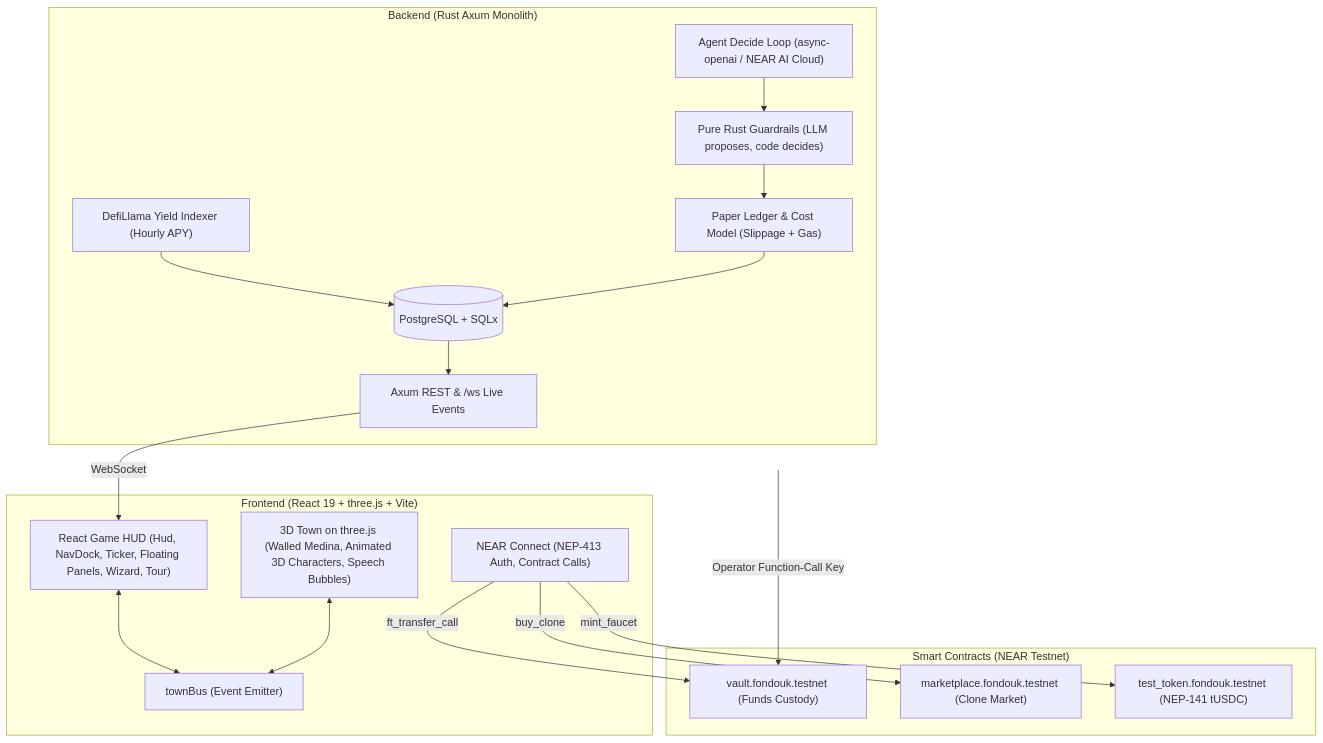
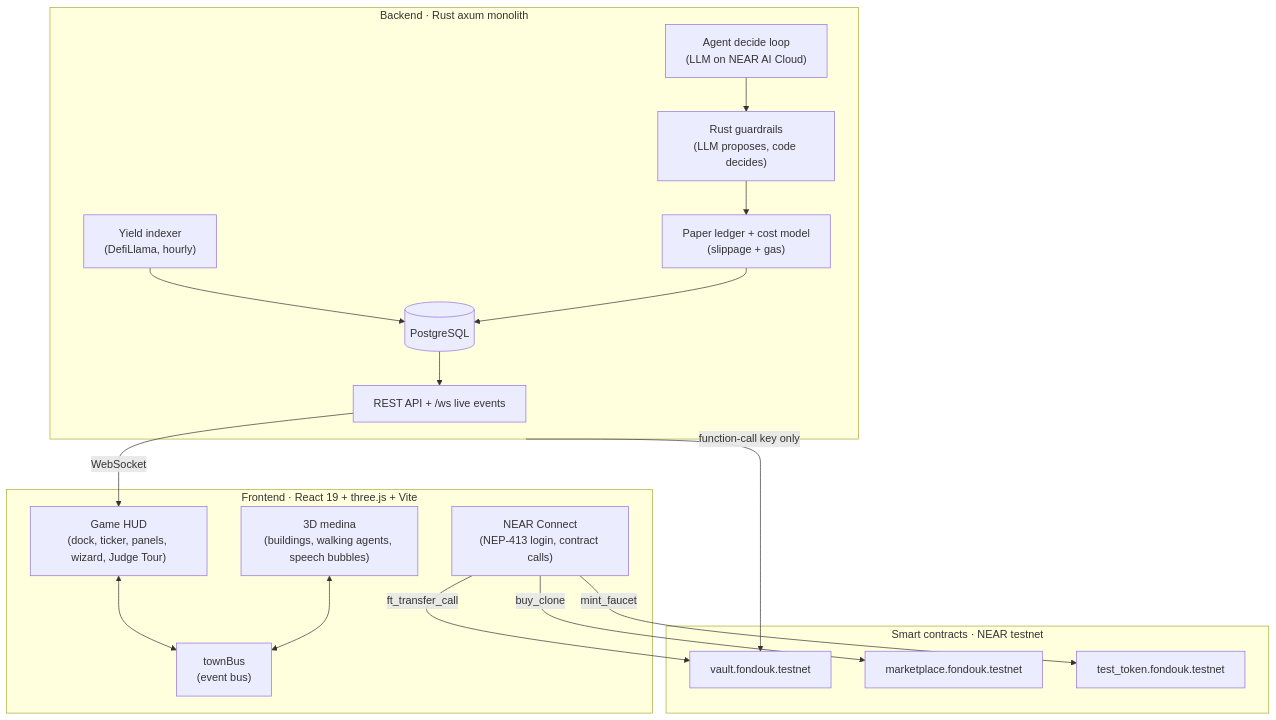
One commit to ayoubbuoya/fondouk changed the diagram in README.md. Above: the diagram before and after it, drawn with Mermaid. The commit also changed other lines of this file and 9 other files, not shown here.

````diff
--- a/README.md
+++ b/README.md
@@ -83,36 +142,35 @@
 ```mermaid
 flowchart TB
-    subgraph Frontend["Frontend (React 19 + three.js + Vite)"]
-        UI["React Game HUD (Hud, NavDock, Ticker, Floating Panels, Wizard, Tour)"]
-        Bus["townBus (Event Emitter)"]
-        Engine["3D Town on three.js (Walled Medina, Animated 3D Characters, Speech Bubbles)"]
-        Wallet["NEAR Connect (NEP-413 Auth, Contract Calls)"]
+    subgraph Frontend["Frontend · React 19 + three.js + Vite"]
+        UI["Game HUD<br/>(dock, ticker, panels, wizard, Judge Tour)"]
+        Bus["townBus<br/>(event bus)"]
+        Engine["3D medina<br/>(buildings, walking agents, speech bubbles)"]
+        Wallet["NEAR Connect<br/>(NEP-413 login, contract calls)"]
         UI <--> Bus
         Engine <--> Bus
     end
 
-    subgraph Backend["Backend (Rust Axum Monolith)"]
-        API["Axum REST & /ws Live Events"]
-        Indexer["DefiLlama Yield Indexer (Hourly APY)"]
-        Decide["Agent Decide Loop (async-openai / NEAR AI Cloud)"]
-        Guard["Pure Rust Guardrails (LLM proposes, code decides)"]
-        Sim["Paper Ledger & Cost Model (Slippage + Gas)"]
-        DB[(PostgreSQL + SQLx)]
-        
+    subgraph Backend["Backend · Rust axum monolith"]
+        API["REST API + /ws live events"]
+        Indexer["Yield indexer<br/>(DefiLlama, hourly)"]
+        Decide["Agent decide loop<br/>(LLM on NEAR AI Cloud)"]
+        Guard["Rust guardrails<br/>(LLM proposes, code decides)"]
+        Sim["Paper ledger + cost model<br/>(slippage + gas)"]
+        DB[(PostgreSQL)]
         Indexer --> DB
         Decide --> Guard --> Sim --> DB
         DB --> API
-        API -->|WebSocket| UI
     end
 
-    subgraph Contracts["Smart Contracts (NEAR Testnet)"]
-        Vault["vault.fondouk.testnet (Funds Custody)"]
-        Mkt["marketplace.fondouk.testnet (Clone Market)"]
-        Token["test_token.fondouk.testnet (NEP-141 tUSDC)"]
+    subgraph Contracts["Smart contracts · NEAR testnet"]
+        Vault["vault.fondouk.testnet"]
+        Mkt["marketplace.fondouk.testnet"]
+        Token["test_token.fondouk.testnet"]
     end
 
+    API -->|WebSocket| UI
     Wallet -->|ft_transfer_call| Vault
     Wallet -->|buy_clone| Mkt
     Wallet -->|mint_faucet| Token
-    Backend -->|Operator Function-Call Key| Vault
+    Backend -->|function-call key only| Vault
 ```
````
